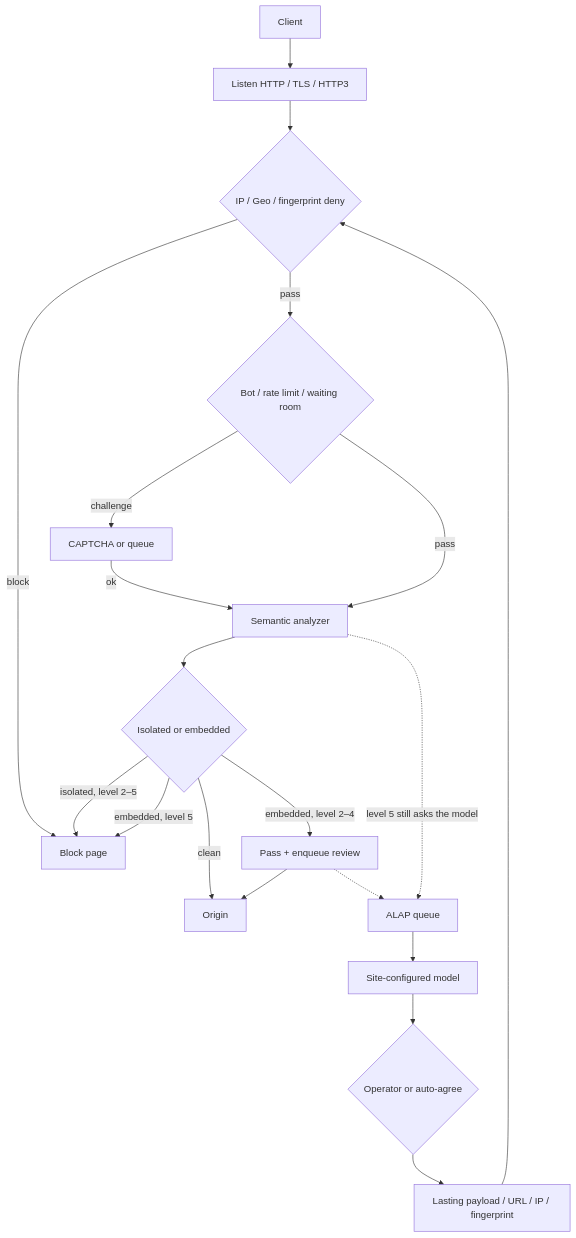
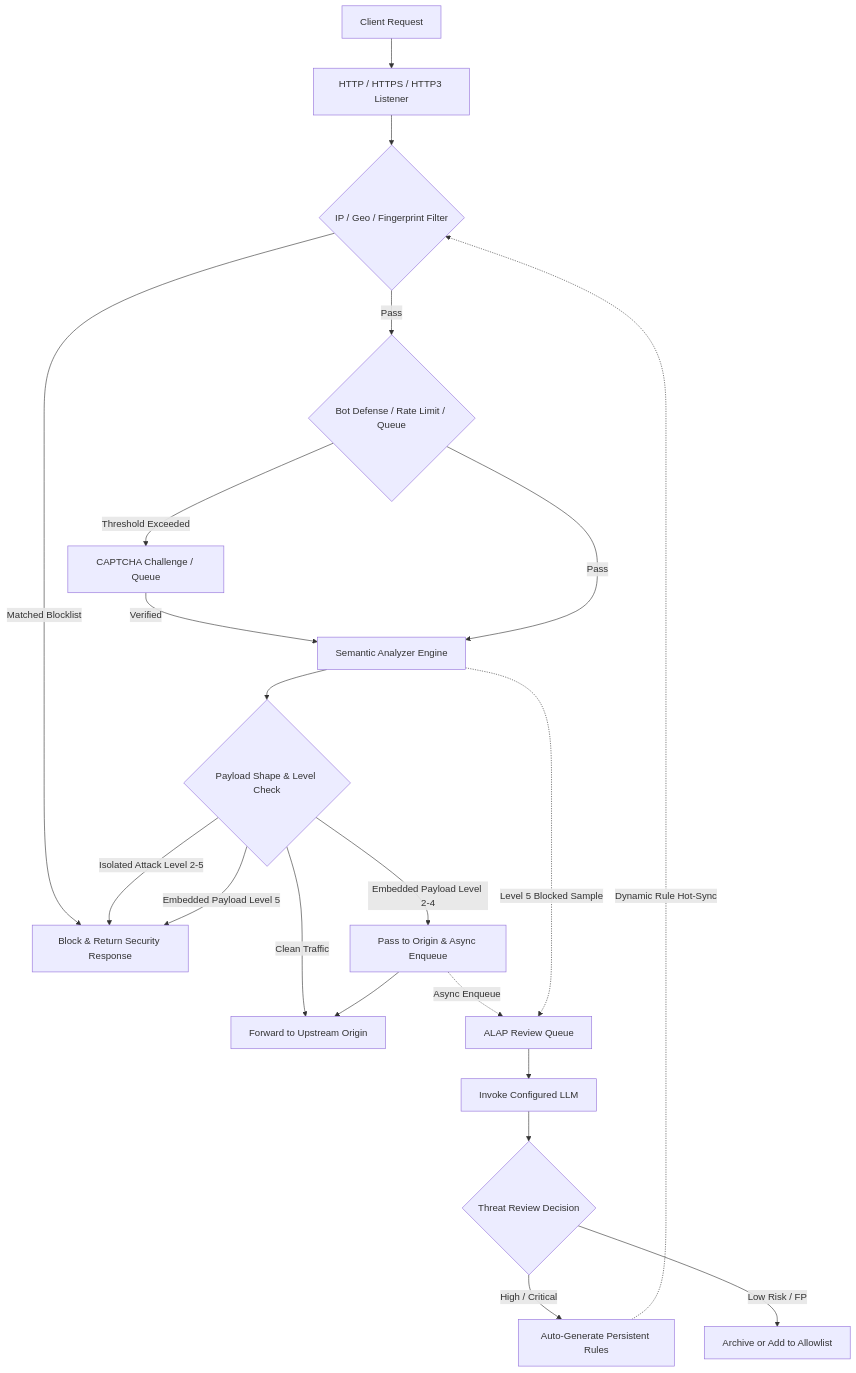
The diagram in README.md (LaokeQwQ/CheeseWAF), drawn with Mermaid before and after one commit. The commit also changed other lines of this file and 1 other file, not shown here.

````diff
--- a/README.md
+++ b/README.md
@@ -80,22 +80,23 @@
 ```mermaid
 flowchart TB
-  C[Client] --> L[Listen HTTP / TLS / HTTP3]
-  L --> IP{IP / Geo / fingerprint deny}
-  IP -->|block| BP[Block page]
-  IP -->|pass| BOT{Bot / rate limit / waiting room}
-  BOT -->|challenge| CH[CAPTCHA or queue]
-  CH -->|ok| SEM
-  BOT -->|pass| SEM[Semantic analyzer]
-  SEM --> SHAPE{Isolated or embedded}
-  SHAPE -->|isolated, level 2–5| BP
-  SHAPE -->|embedded, level 5| BP
-  SHAPE -->|embedded, level 2–4| PASS[Pass + enqueue review]
-  SHAPE -->|clean| ORIGIN[Origin]
-  PASS --> ORIGIN
-  PASS -.-> ALAP[ALAP queue]
-  SEM -.->|level 5 still asks the model| ALAP
-  ALAP --> LLM[Site-configured model]
-  LLM --> DEC{Operator or auto-agree}
-  DEC --> RULE[Lasting payload / URL / IP / fingerprint]
-  RULE --> IP
+  Client[Client Request] --> Ingress[HTTP / HTTPS / HTTP3 Listener]
+  Ingress --> IP{IP / Geo / Fingerprint Filter}
+  IP -->|Matched Blocklist| Block[Block & Return Security Response]
+  IP -->|Pass| Bot{Bot Defense / Rate Limit / Queue}
+  Bot -->|Threshold Exceeded| Challenge[CAPTCHA Challenge / Queue]
+  Challenge -->|Verified| Sem
+  Bot -->|Pass| Sem[Semantic Analyzer Engine]
+  Sem --> Shape{Payload Shape & Level Check}
+  Shape -->|Isolated Attack Level 2-5| Block
+  Shape -->|Embedded Payload Level 5| Block
+  Shape -->|Embedded Payload Level 2-4| Pass[Pass to Origin & Async Enqueue]
+  Shape -->|Clean Traffic| Origin[Forward to Upstream Origin]
+  Pass --> Origin
+  Pass -.->|Async Enqueue| Queue[ALAP Review Queue]
+  Sem -.->|Level 5 Blocked Sample| Queue
+  Queue --> LLM[Invoke Configured LLM]
+  LLM --> Review{Threat Review Decision}
+  Review -->|High / Critical| Rule[Auto-Generate Persistent Rules]
+  Review -->|Low Risk / FP| Dismiss[Archive or Add to Allowlist]
+  Rule -.->|Dynamic Rule Hot-Sync| IP
 ```
````
